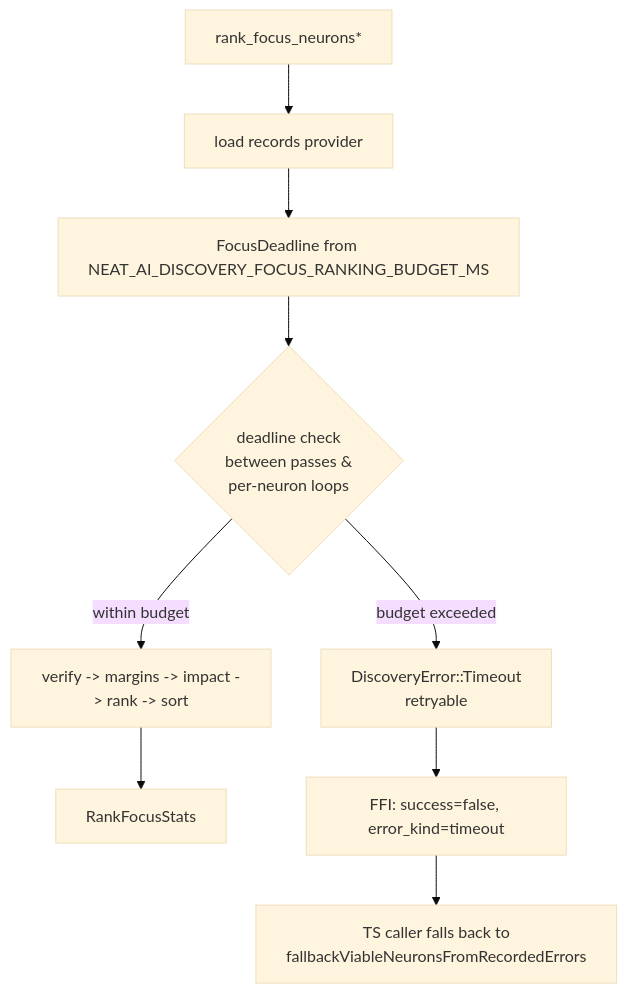
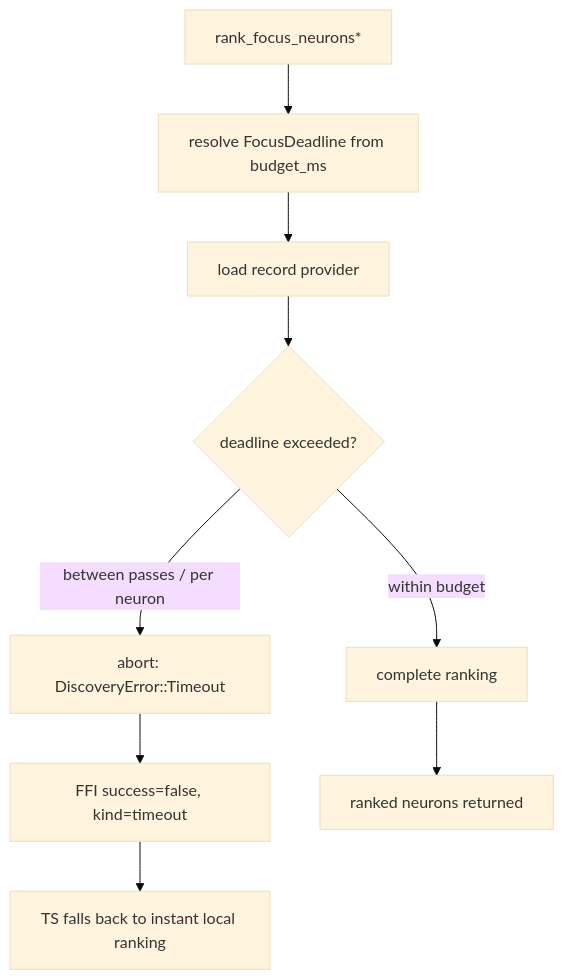
One commit to stSoftwareAU/NEAT-AI-Discovery changed the diagram in docs/archive/pr-summaries/pr-summary-1375.md. Above: the diagram before and after it, drawn with Mermaid (base theme). The commit also changed other lines of this file and 6 other files, not shown here.

First line of the commit message:
Enforce wall-clock budget on focus ranking with graceful fallback (Issue #1375)

````diff
--- a/docs/archive/pr-summaries/pr-summary-1375.md
+++ b/docs/archive/pr-summaries/pr-summary-1375.md
@@ -57,11 +49,11 @@
 ```mermaid
 flowchart TD
-    A[rank_focus_neurons*] --> B[load records provider]
-    B --> C[FocusDeadline from NEAT_AI_DISCOVERY_FOCUS_RANKING_BUDGET_MS]
-    C --> D{deadline check<br/>between passes &<br/>per-neuron loops}
-    D -- within budget --> E[verify -> margins -> impact -> rank -> sort]
-    E --> F[RankFocusStats]
-    D -- budget exceeded --> G[DiscoveryError::Timeout<br/>retryable]
-    G --> H[FFI: success=false, error_kind=timeout]
-    H --> I[TS caller falls back to<br/>fallbackViableNeuronsFromRecordedErrors]
+    A[rank_focus_neurons*] --> B[resolve FocusDeadline from budget_ms]
+    B --> C[load record provider]
+    C --> D{deadline exceeded?}
+    D -- between passes / per neuron --> E[abort: DiscoveryError::Timeout]
+    D -- within budget --> F[complete ranking]
+    E --> G[FFI success=false, kind=timeout]
+    G --> H[TS falls back to instant local ranking]
+    F --> I[ranked neurons returned]
 ```
````
